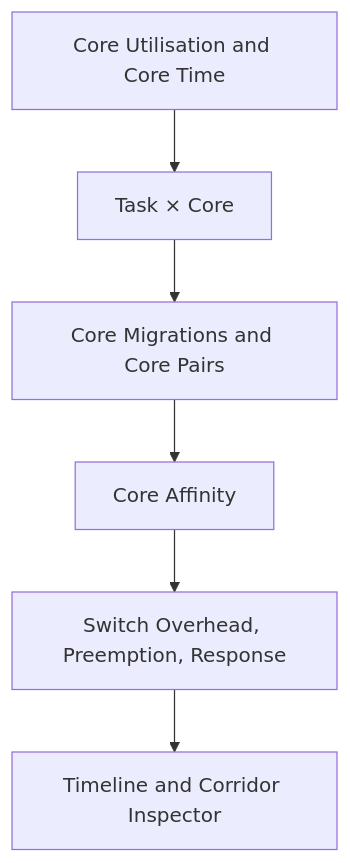
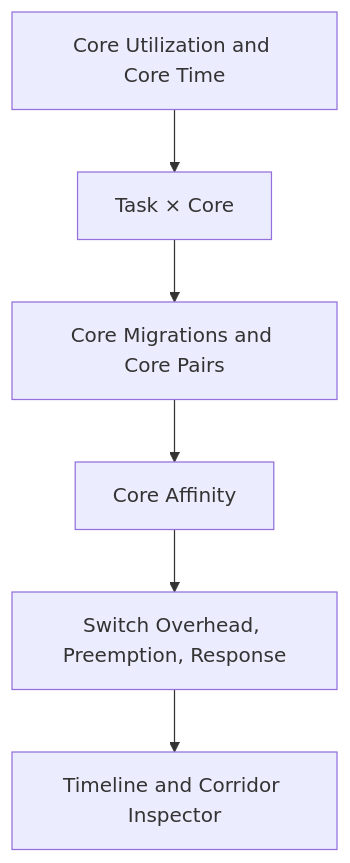
One commit to kuopinghsu/FreeRTOS-BTF-Trace changed the third of 6 diagrams in BTFViewer/WORKFLOWS.md. Above: the diagram before and after it, drawn with Mermaid. The commit also changed other lines of this file and 108 other files, not shown here.

First line of the commit message:
fix(docs): standardize terminology for core utilization in documentation

````diff
--- a/BTFViewer/WORKFLOWS.md
+++ b/BTFViewer/WORKFLOWS.md
@@ -348,8 +348,8 @@
 ```mermaid
 flowchart TD
-  load["Core Utilisation and Core Time"] --> placement["Task × Core"]
+  load["Core Utilization and Core Time"] --> placement["Task × Core"]
   placement --> migration["Core Migrations and Core Pairs"]
   migration --> allowed["Core Affinity"]
   allowed --> cost["Switch Overhead, Preemption, Response"]
   cost --> timeline["Timeline and Corridor Inspector"]
 ```
````
